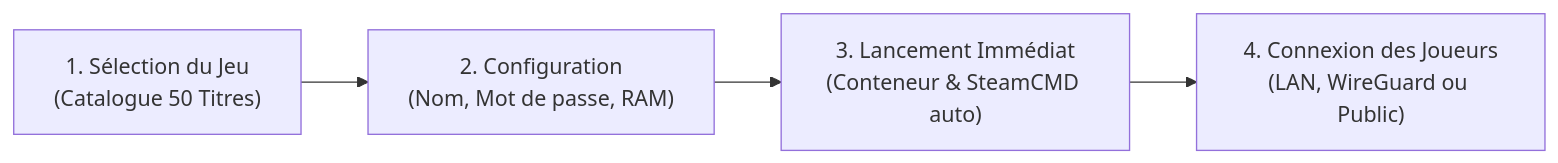
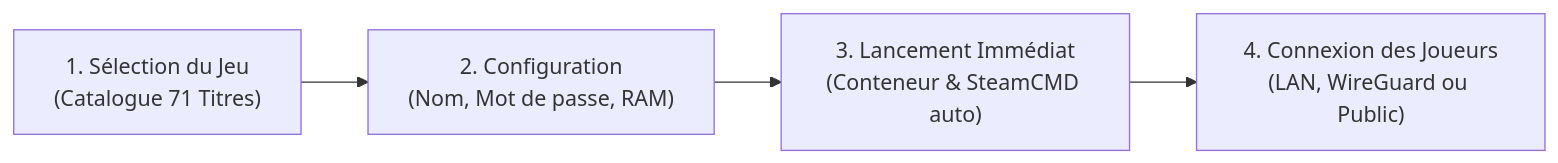
The diagram in README.md (Chomiam/noos_nas_eggs), drawn with Mermaid before and after one commit. The commit also changed other lines of this file and 66 other files, not shown here.

````diff
--- a/README.md
+++ b/README.md
@@ -139,6 +166,6 @@
 ```mermaid
 flowchart LR
-    A["1. Sélection du Jeu\n(Catalogue 50 Titres)"] --> B["2. Configuration\n(Nom, Mot de passe, RAM)"]
+    A["1. Sélection du Jeu\n(Catalogue 71 Titres)"] --> B["2. Configuration\n(Nom, Mot de passe, RAM)"]
     B --> C["3. Lancement Immédiat\n(Conteneur & SteamCMD auto)"]
     C --> D["4. Connexion des Joueurs\n(LAN, WireGuard ou Public)"]
 ```
````
